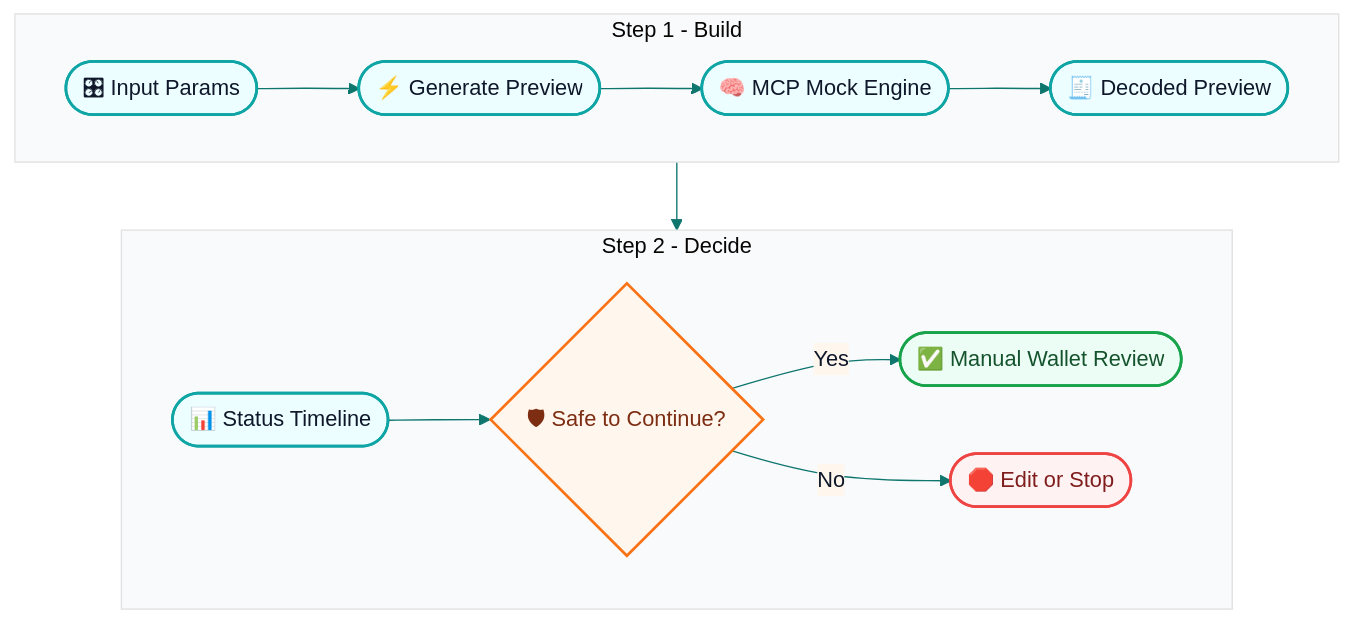
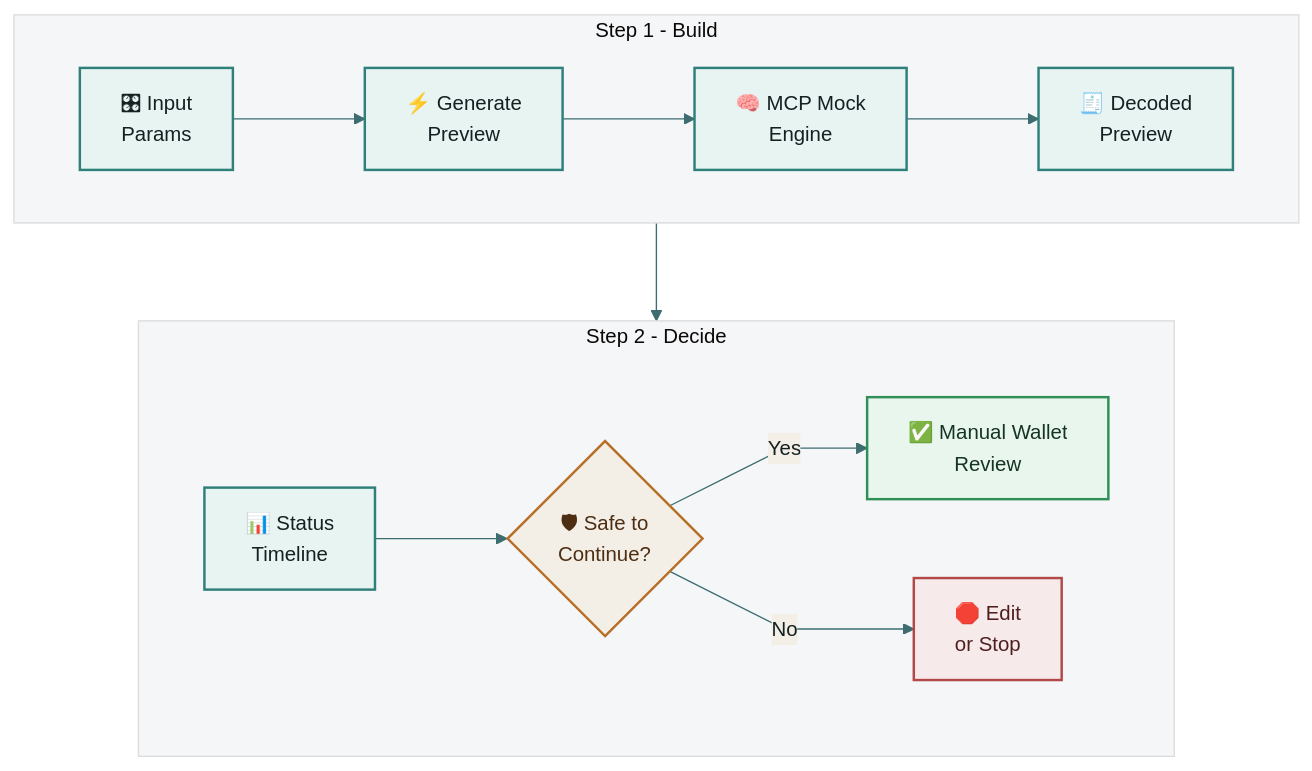
One commit to sunshineluyao/Moss-Mcp-Transaction changed the first of 8 diagrams in README.md. Above: the diagram before and after it, drawn with Mermaid. The commit also changed other lines of this file, not shown here.

Commit message:
docs: improve mermaid readability and dark-light harmony

````diff
--- a/README.md
+++ b/README.md
@@ -151,29 +151,29 @@
 ```mermaid
-%%{init: {'theme':'base','themeVariables': {'fontFamily':'Trebuchet MS, Segoe UI, sans-serif','primaryColor':'#ecfeff','primaryBorderColor':'#0ea5a4','primaryTextColor':'#0f172a','lineColor':'#0f766e','secondaryColor':'#fff7ed','tertiaryColor':'#f8fafc'}}}%%
+%%{init: {'theme':'base','flowchart': {'htmlLabels': true, 'nodeSpacing': 58, 'rankSpacing': 72, 'curve': 'linear'},'themeVariables': {'fontFamily':'Trebuchet MS, Segoe UI, sans-serif','fontSize':'15px','primaryColor':'#e8f4f2','primaryBorderColor':'#2f7f7a','primaryTextColor':'#142022','lineColor':'#3d6d70','secondaryColor':'#f4efe6','tertiaryColor':'#f4f6f7'}}}%%
 flowchart TB
   subgraph R1[Step 1 - Build]
     direction LR
-    A([🎛 Input Params]) --> B([⚡ Generate Preview])
-    B --> C([🧠 MCP Mock Engine])
-    C --> D([🧾 Decoded Preview])
+    A["🎛 Input<br/>Params"] --> B["⚡ Generate<br/>Preview"]
+    B --> C["🧠 MCP Mock<br/>Engine"]
+    C --> D["🧾 Decoded<br/>Preview"]
   end
 
   subgraph R2[Step 2 - Decide]
     direction LR
-    E([📊 Status Timeline]) --> F{🛡 Safe to Continue?}
-    F -->|Yes| G([✅ Manual Wallet Review])
-    F -->|No| H([🛑 Edit or Stop])
+    E["📊 Status<br/>Timeline"] --> F{"🛡 Safe to<br/>Continue?"}
+    F -->|Yes| G["✅ Manual Wallet<br/>Review"]
+    F -->|No| H["🛑 Edit<br/>or Stop"]
   end
 
   D --> E
 
-  classDef main fill:#ecfeff,stroke:#0ea5a4,stroke-width:2px,color:#0f172a;
-  classDef decision fill:#fff7ed,stroke:#f97316,stroke-width:2px,color:#7c2d12;
-  classDef success fill:#ecfdf5,stroke:#16a34a,stroke-width:2px,color:#14532d;
-  classDef stop fill:#fef2f2,stroke:#ef4444,stroke-width:2px,color:#7f1d1d;
+  classDef main fill:#e8f4f2,stroke:#2f7f7a,stroke-width:1.8px,color:#142022;
+  classDef decision fill:#f4efe6,stroke:#b86f28,stroke-width:1.8px,color:#4d2e13;
+  classDef success fill:#e9f6ed,stroke:#2f8f57,stroke-width:1.8px,color:#153523;
+  classDef stop fill:#f7eaea,stroke:#b24848,stroke-width:1.8px,color:#4f1f1f;
 
   class A,B,C,D,E main;
   class F decision;
   class G success;
   class H stop;
 ```
````
